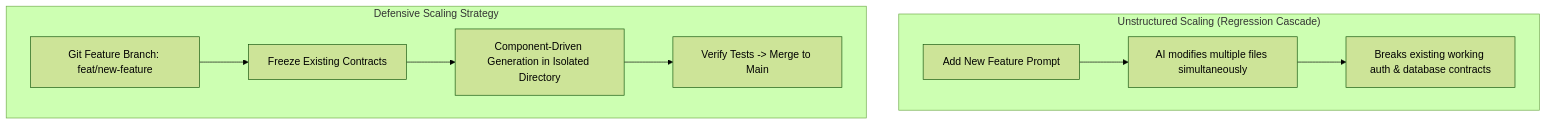
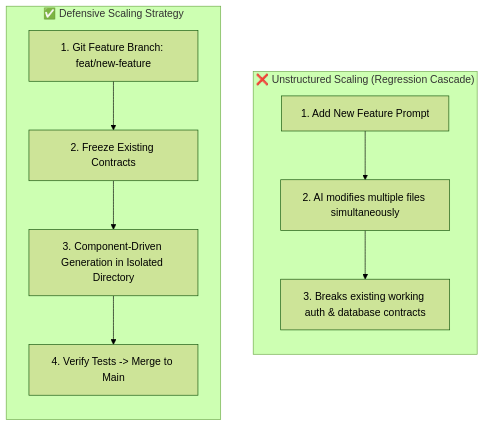
One commit to Karang1908/vibecoding changed the second of 2 diagrams in docs/post-workshop/01-beyond-vibecoding.md. Above: the diagram before and after it, drawn with Mermaid (forest theme). The commit also changed other lines of this file and 32 other files, not shown here.

````diff
--- a/docs/post-workshop/01-beyond-vibecoding.md
+++ b/docs/post-workshop/01-beyond-vibecoding.md
@@ -47,13 +46,15 @@
 ```mermaid
-graph TD
-    subgraph Anti_Pattern ["Unstructured Scaling (Regression Cascade)"]
-        A1["Add New Feature Prompt"] --> A2["AI modifies multiple files simultaneously"]
-        A2 --> A3["Breaks existing working auth & database contracts"]
+flowchart TB
+    subgraph Anti_Pattern ["❌ Unstructured Scaling (Regression Cascade)"]
+        direction TB
+        A1["1. Add New Feature Prompt"] --> A2["2. AI modifies multiple files simultaneously"]
+        A2 --> A3["3. Breaks existing working auth & database contracts"]
     end
 
-    subgraph Best_Practice ["Defensive Scaling Strategy"]
-        B1["Git Feature Branch: feat/new-feature"] --> B2["Freeze Existing Contracts"]
-        B2 --> B3["Component-Driven Generation in Isolated Directory"]
-        B3 --> B4["Verify Tests -> Merge to Main"]
+    subgraph Best_Practice ["✅ Defensive Scaling Strategy"]
+        direction TB
+        B1["1. Git Feature Branch: feat/new-feature"] --> B2["2. Freeze Existing Contracts"]
+        B2 --> B3["3. Component-Driven Generation in Isolated Directory"]
+        B3 --> B4["4. Verify Tests -> Merge to Main"]
     end
 ```
````
